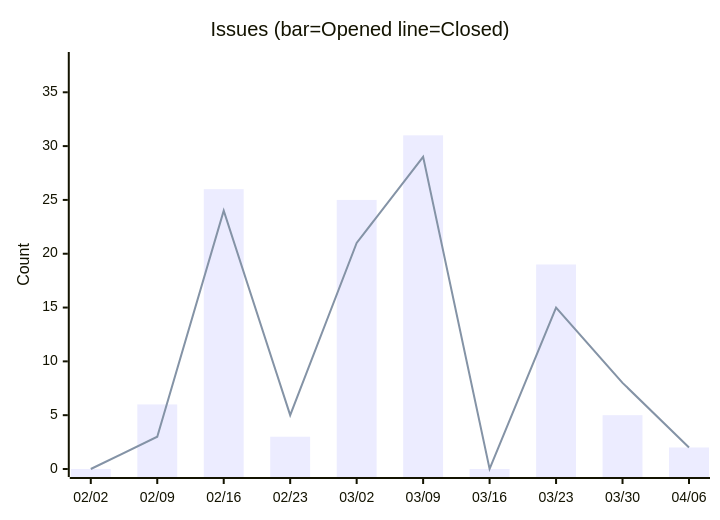
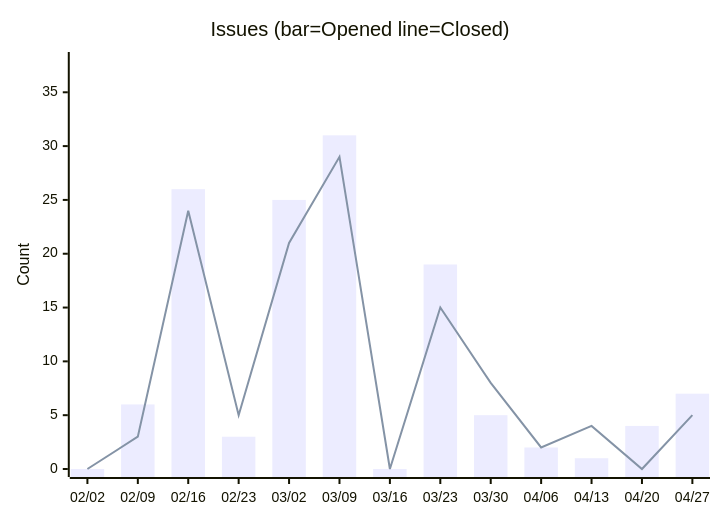
Before and after one commit to nablarch/nabledge-dev: the fifth of 14 diagrams in docs/metrics.md, drawn with Mermaid. The commit also changed other lines of this file and 2 other files, not shown here.

````diff
--- a/docs/metrics.md
+++ b/docs/metrics.md
@@ -91,8 +91,8 @@
 ```mermaid
 xychart-beta
   title "Issues (bar=Opened  line=Closed)"
-  x-axis ["02/02", "02/09", "02/16", "02/23", "03/02", "03/09", "03/16", "03/23", "03/30", "04/06"]
+  x-axis ["02/02", "02/09", "02/16", "02/23", "03/02", "03/09", "03/16", "03/23", "03/30", "04/06", "04/13", "04/20", "04/27"]
   y-axis "Count" 0 --> 38
-  bar [0, 6, 26, 3, 25, 31, 0, 19, 5, 2]
-  line [0, 3, 24, 5, 21, 29, 0, 15, 8, 2]
+  bar [0, 6, 26, 3, 25, 31, 0, 19, 5, 2, 1, 4, 7]
+  line [0, 3, 24, 5, 21, 29, 0, 15, 8, 2, 4, 0, 5]
 ```
````
